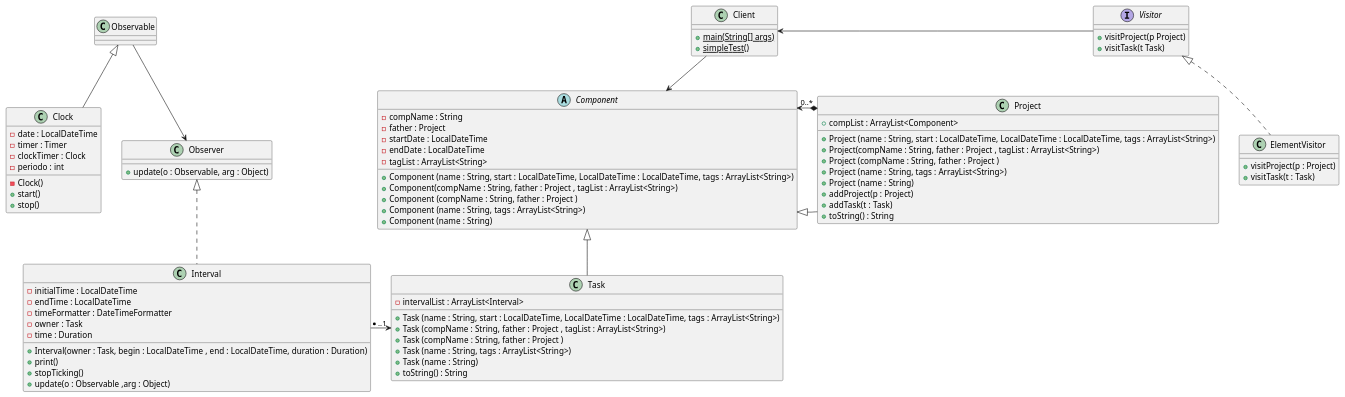
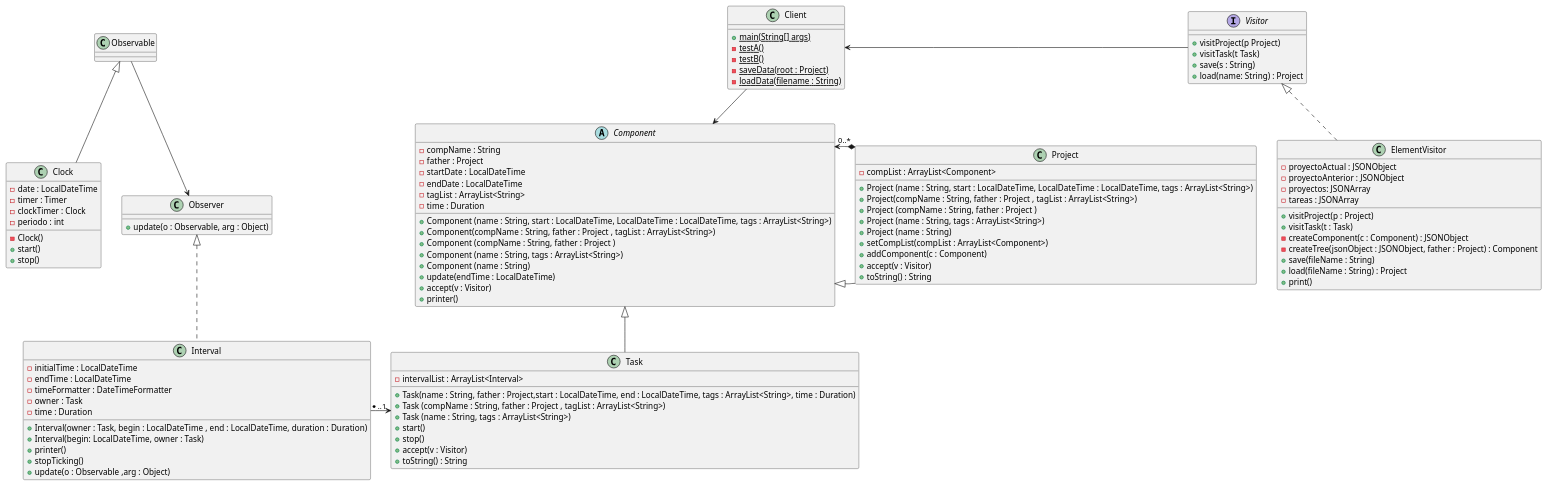
Before and after one commit to Monkey-D-Luisi/TimeTracker: the diagram in TimeTraker.puml, drawn with PlantUML. The commit also changed 2 other files, not shown here.

```diff
--- a/TimeTraker.puml
+++ b/TimeTraker.puml
@@ -1,84 +1,105 @@
 @startuml
 
 class Interval{
 - initialTime : LocalDateTime
 - endTime : LocalDateTime
 - timeFormatter : DateTimeFormatter
 - owner : Task
 - time : Duration
 + Interval(owner : Task, begin : LocalDateTime , end : LocalDateTime, duration : Duration)
-+ print()
++ Interval(begin: LocalDateTime, owner : Task)
++ printer()
 + stopTicking()
 + update(o : Observable ,arg : Object)
 }
 
 class Client{
 + {static} main(String[] args)
-+ {static} simpleTest()
+- {static} testA()
+- {static} testB()
+- {static} saveData(root : Project)
+- {static} loadData(filename : String)
 }
 class Clock extends Observable{
 - date : LocalDateTime
 - timer : Timer
 - clockTimer : Clock
 - periodo : int
 - Clock()
 + start()
 + stop()
 }
 
 class ElementVisitor implements Visitor{
+- proyectoActual : JSONObject
+- proyectoAnterior : JSONObject
+- proyectos: JSONArray
+- tareas : JSONArray
 + visitProject(p : Project)
 + visitTask(t : Task)
+- createComponent(c : Component) : JSONObject
+- createTree(jsonObject : JSONObject, father : Project) : Component
++ save(fileName : String)
++ load(fileName : String) : Project
++ print()
 }
 
 abstract class Component{
 - compName : String
 - father : Project
 - startDate : LocalDateTime
 - endDate : LocalDateTime
 - tagList : ArrayList<String>
+- time : Duration
 + Component (name : String, start : LocalDateTime, LocalDateTime : LocalDateTime, tags : ArrayList<String>)
 + Component(compName : String, father : Project , tagList : ArrayList<String>)
 + Component (compName : String, father : Project )
 + Component (name : String, tags : ArrayList<String>)
 + Component (name : String)
++ update(endTime : LocalDateTime)
++ accept(v : Visitor)
++ printer()
 }
 
 class Project extends Component{
-+ compList : ArrayList<Component>
+- compList : ArrayList<Component>
 + Project (name : String, start : LocalDateTime, LocalDateTime : LocalDateTime, tags : ArrayList<String>)
 + Project(compName : String, father : Project , tagList : ArrayList<String>)
 + Project (compName : String, father : Project )
 + Project (name : String, tags : ArrayList<String>)
 + Project (name : String)
-+ addProject(p : Project)
-+ addTask(t : Task)
++ setCompList(compList : ArrayList<Component>)
++ addComponent(c : Component)
++ accept(v : Visitor)
 + toString() : String
 }
 
 class Task extends Component{
 - intervalList : ArrayList<Interval>
-+ Task (name : String, start : LocalDateTime, LocalDateTime : LocalDateTime, tags : ArrayList<String>)
++ Task(name : String, father : Project,start : LocalDateTime, end : LocalDateTime, tags : ArrayList<String>, time : Duration)
 + Task (compName : String, father : Project , tagList : ArrayList<String>)
-+ Task (compName : String, father : Project )
 + Task (name : String, tags : ArrayList<String>)
-+ Task (name : String)
++ start()
++ stop()
++ accept(v : Visitor)
 + toString() : String
 }
 
 interface Visitor{
 + visitProject(p Project)
 + visitTask(t Task)
++ save(s : String)
++ load(name: String) : Project
 }
 
 class Observer{
 + update(o : Observable, arg : Object)
 }
 
 Project *-right-> "0..*" Component
 Interval --right--> "*..1" Task
 Observable --down> Observer
 Interval ..up|> Observer
 Client --> Component
 Visitor --left> Client
 @enduml
```
